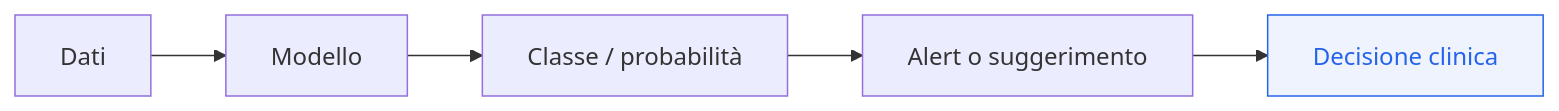
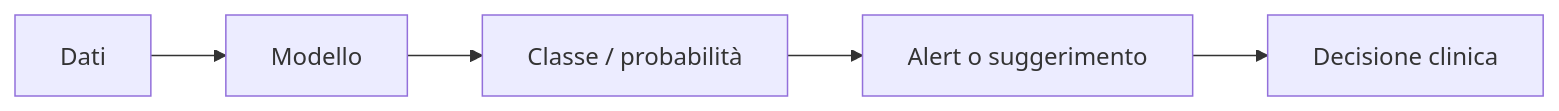
The first of 4 diagrams in slides.md (cremarco/mindful-workshop), drawn with Mermaid before and after one commit. The commit also changed other lines of this file and 9 other files, not shown here.

Commit message:
feat: enhance Mermaid diagrams with section-aware theming and add new images for ML in medicine slides

````diff
--- a/slides.md
+++ b/slides.md
@@ -746,8 +746,8 @@
 ```mermaid {theme: 'base'}
 flowchart LR
   A["Dati"] --> B["Modello"]
   B --> C["Classe / probabilità"]
   C --> D["Alert o suggerimento"]
   D --> E["Decisione clinica"]
-  style E fill:#eef3fd,stroke:#2563eb,color:#2563eb
+  class E mermaid-focus
 ```
````
